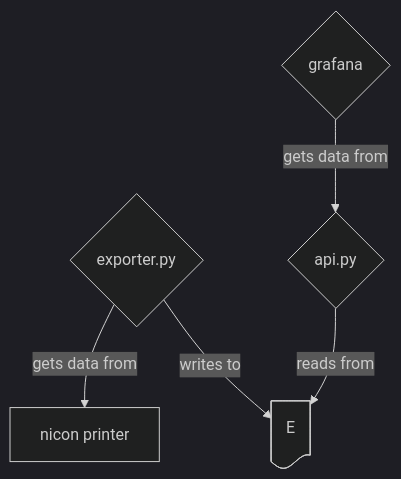
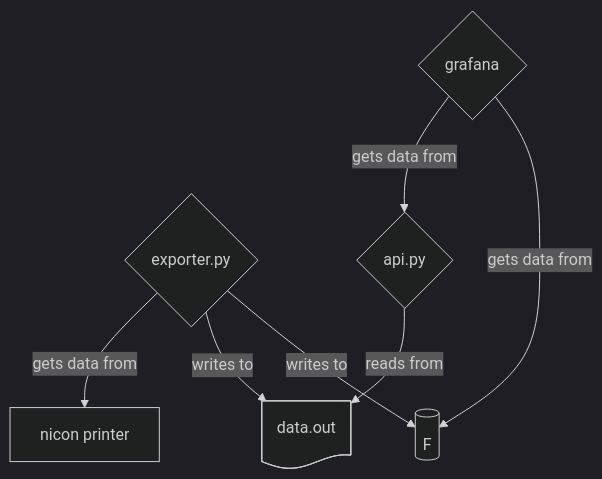
One commit to carnivuth/opc-ua-birex changed the diagram in readme.md. Above: the diagram before and after it, drawn with Mermaid (dark theme).

Commit message:
updated graph

````diff
--- a/readme.md
+++ b/readme.md
@@ -13,12 +13,14 @@
 ```mermaid
 flowchart TD
 A{exporter.py}
 B{api.py}
 C{grafana}
 D[nicon printer]
-E@{ shape: doc }
+E@{ shape: doc ,label: data.out}
+F@{ shape: database, label influxdb}
+
 A -- gets data from --> D
-A -- writes to --> E
+A -- writes to --> E & F
 B -- reads from --> E
-C -- gets data from --> B
+C -- gets data from --> B & F
 ```
````
